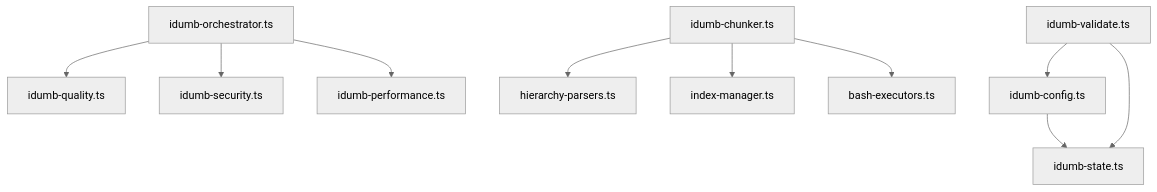
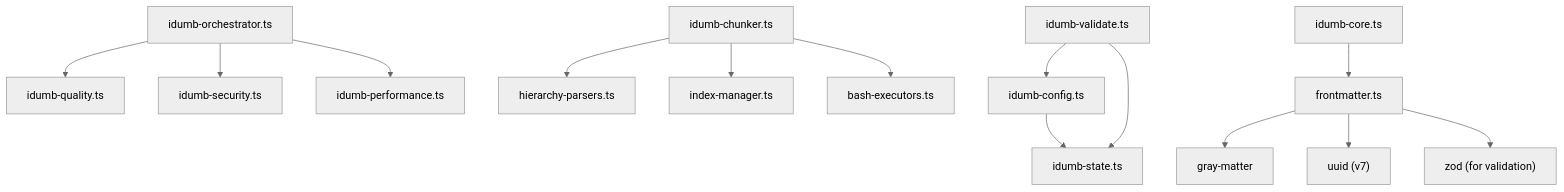
The fourth of 4 diagrams in .qoder/repowiki/en/content/Tool System/Utility Tools.md (shynlee04/idumb-plugin), drawn with Mermaid (neutral theme) before and after one commit. The commit also changed other lines of this file and 19 other files, not shown here.

````diff
--- a/.qoder/repowiki/en/content/Tool System/Utility Tools.md
+++ b/.qoder/repowiki/en/content/Tool System/Utility Tools.md
@@ -455,12 +612,16 @@
 ```mermaid
 graph TB
 Orchestrator["idumb-orchestrator.ts"] --> Quality["idumb-quality.ts"]
 Orchestrator --> Security["idumb-security.ts"]
 Orchestrator --> Perf["idumb-performance.ts"]
 Chunks["idumb-chunker.ts"] --> HP["hierarchy-parsers.ts"]
 Chunks --> IM["index-manager.ts"]
 Chunks --> BE["bash-executors.ts"]
 Config["idumb-config.ts"] --> State["idumb-state.ts"]
 Validate["idumb-validate.ts"] --> Config
 Validate --> State
+Core["idumb-core.ts"] --> Frontmatter["frontmatter.ts"]
+Frontmatter --> GrayMatter["gray-matter"]
+Frontmatter --> UUID["uuid (v7)"]
+Frontmatter --> Zod["zod (for validation)"]
 ```
````
